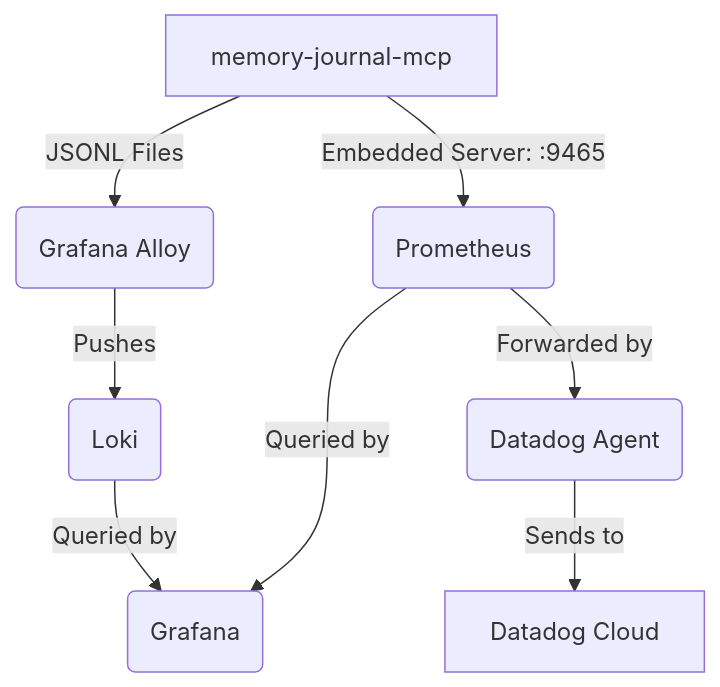
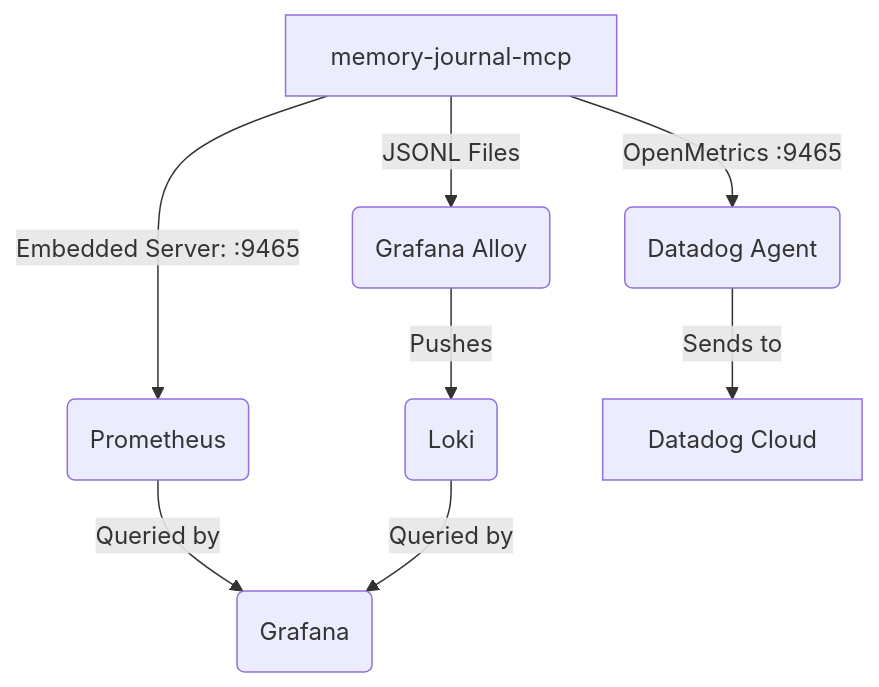
One commit to neverinfamous/memory-journal-mcp changed the diagram in test-server/infrastructure/AGENT_README.md. Above: the diagram before and after it, drawn with Mermaid. The commit also changed other lines of this file and 19 other files, not shown here.

````diff
--- a/test-server/infrastructure/AGENT_README.md
+++ b/test-server/infrastructure/AGENT_README.md
@@ -7,10 +7,10 @@
 ```mermaid
 graph TD
     A[memory-journal-mcp] -->|Embedded Server: :9465| B(Prometheus)
     A -->|JSONL Files| C(Grafana Alloy)
     B -->|Queried by| D(Grafana)
     C -->|Pushes| E(Loki)
     E -->|Queried by| D
-    B -->|Forwarded by| F(Datadog Agent)
+    A -->|OpenMetrics :9465| F(Datadog Agent)
     F -->|Sends to| G[Datadog Cloud]
 ```
````
